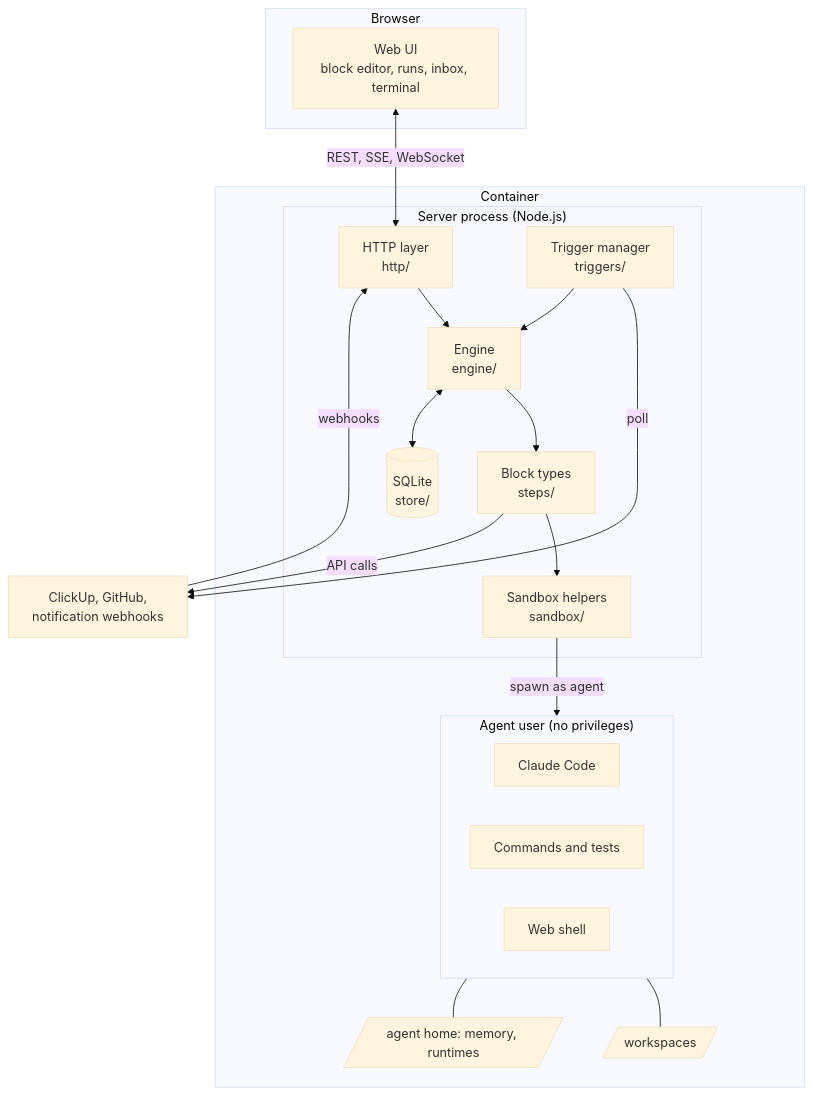
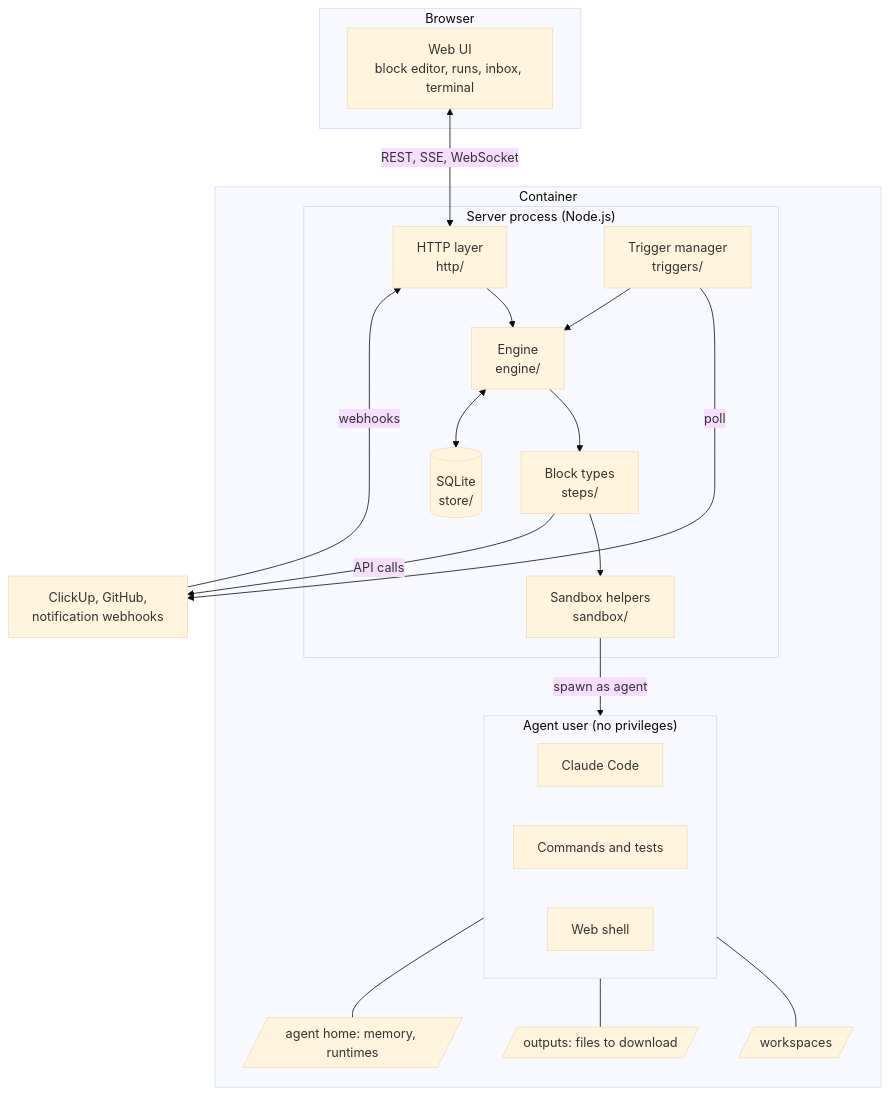
Before and after one commit to murilopereirame/automatic-system: the first of 12 diagrams in docs/ARCHITECTURE.md, drawn with Mermaid (base theme). The commit also changed other lines of this file and 25 other files, not shown here.

````diff
--- a/docs/ARCHITECTURE.md
+++ b/docs/ARCHITECTURE.md
@@ -9,39 +9,41 @@
 ```mermaid
 flowchart TB
     subgraph Browser
         UI[Web UI<br/>block editor, runs, inbox, terminal]
     end
 
     subgraph Container
         subgraph Server["Server process (Node.js)"]
             HTTP[HTTP layer<br/>http/]
             TRG[Trigger manager<br/>triggers/]
             ENG[Engine<br/>engine/]
             STEPS[Block types<br/>steps/]
             STORE[(SQLite<br/>store/)]
             SBX[Sandbox helpers<br/>sandbox/]
         end
         subgraph Agent["Agent user (no privileges)"]
             CLAUDE[Claude Code]
             CMD[Commands and tests]
             SH[Web shell]
         end
         WS[/workspaces/]
+        OUT[/outputs: files to download/]
         HOME[/agent home: memory, runtimes/]
     end
 
     EXT[ClickUp, GitHub,<br/>notification webhooks]
 
     UI <-->|REST, SSE, WebSocket| HTTP
     EXT -->|webhooks| HTTP
     TRG -->|poll| EXT
     HTTP --> ENG
     TRG --> ENG
     ENG --> STEPS
     ENG <--> STORE
     STEPS --> SBX
     STEPS -->|API calls| EXT
     SBX -->|spawn as agent| Agent
     Agent --- WS
+    Agent --- OUT
     Agent --- HOME
 ```
````
